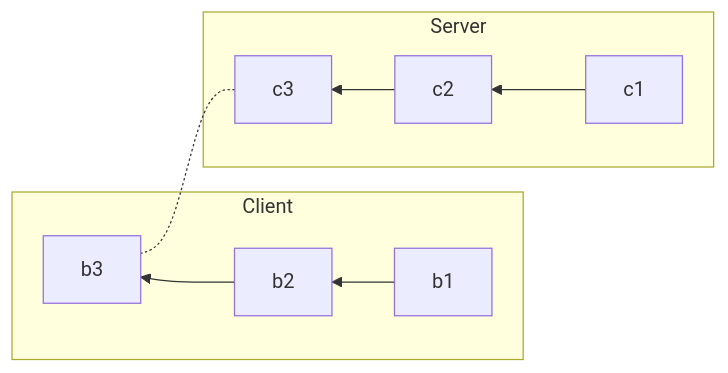
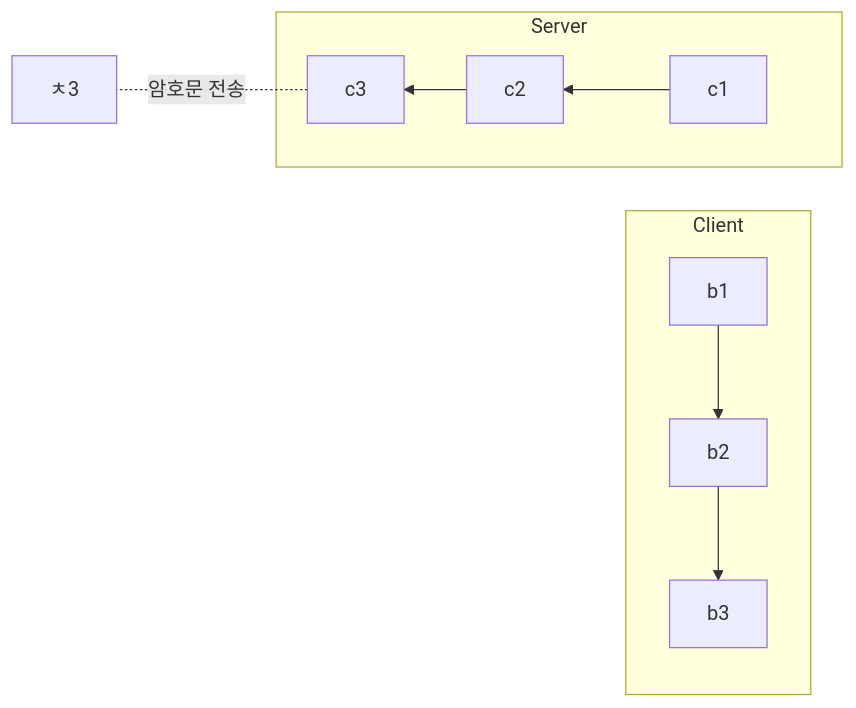
The first of 2 diagrams in _posts/develop/network/2019-02-12-TLS.md (1sonjm/1sonjm.github.io), drawn with Mermaid before and after one commit. The commit also changed other lines of this file, not shown here.

````diff
--- a/_posts/develop/network/2019-02-12-TLS.md
+++ b/_posts/develop/network/2019-02-12-TLS.md
@@ -20,12 +20,12 @@
 ```mermaid
 graph RL
-	c3-.-b3
+	c3-.-|암호문 전송|ㅊ3
     subgraph Client
     b1-->b2
     b2-->b3
     end
     subgraph Server
     c1-->c2
     c2-->c3
     end
 ```
````
